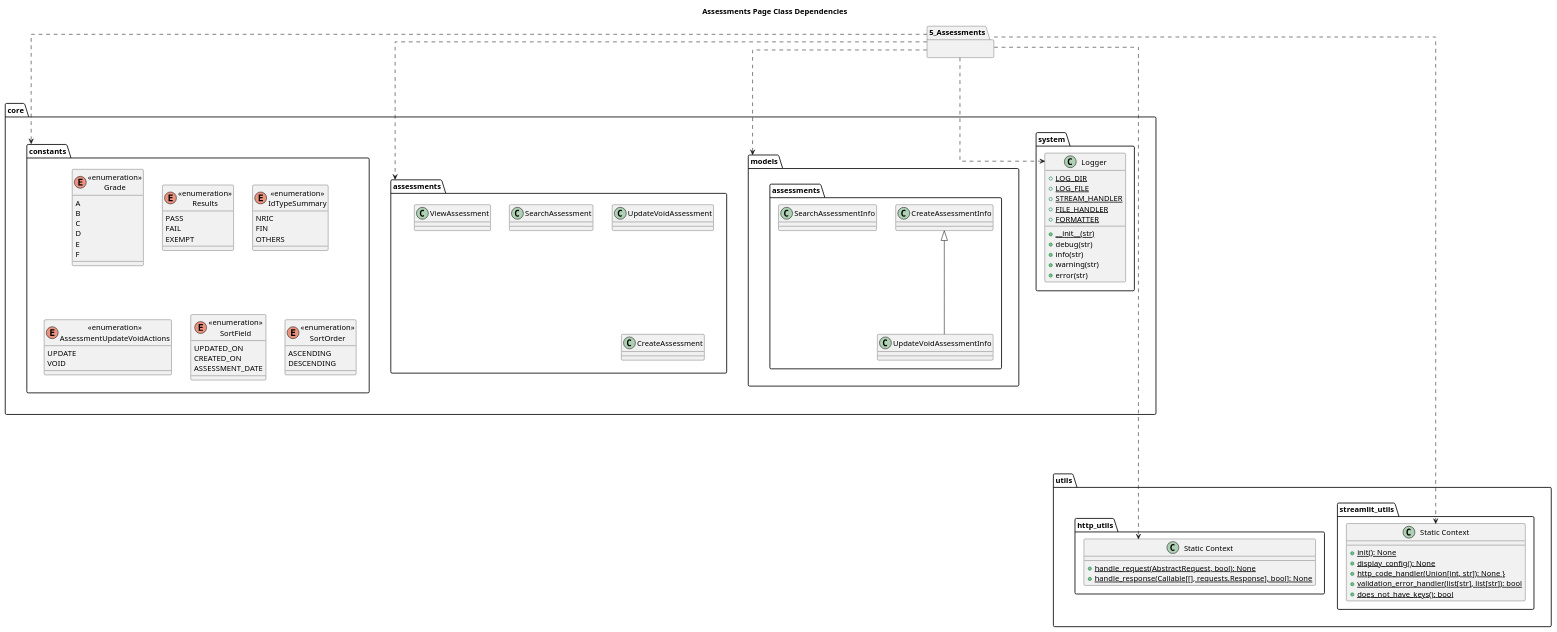
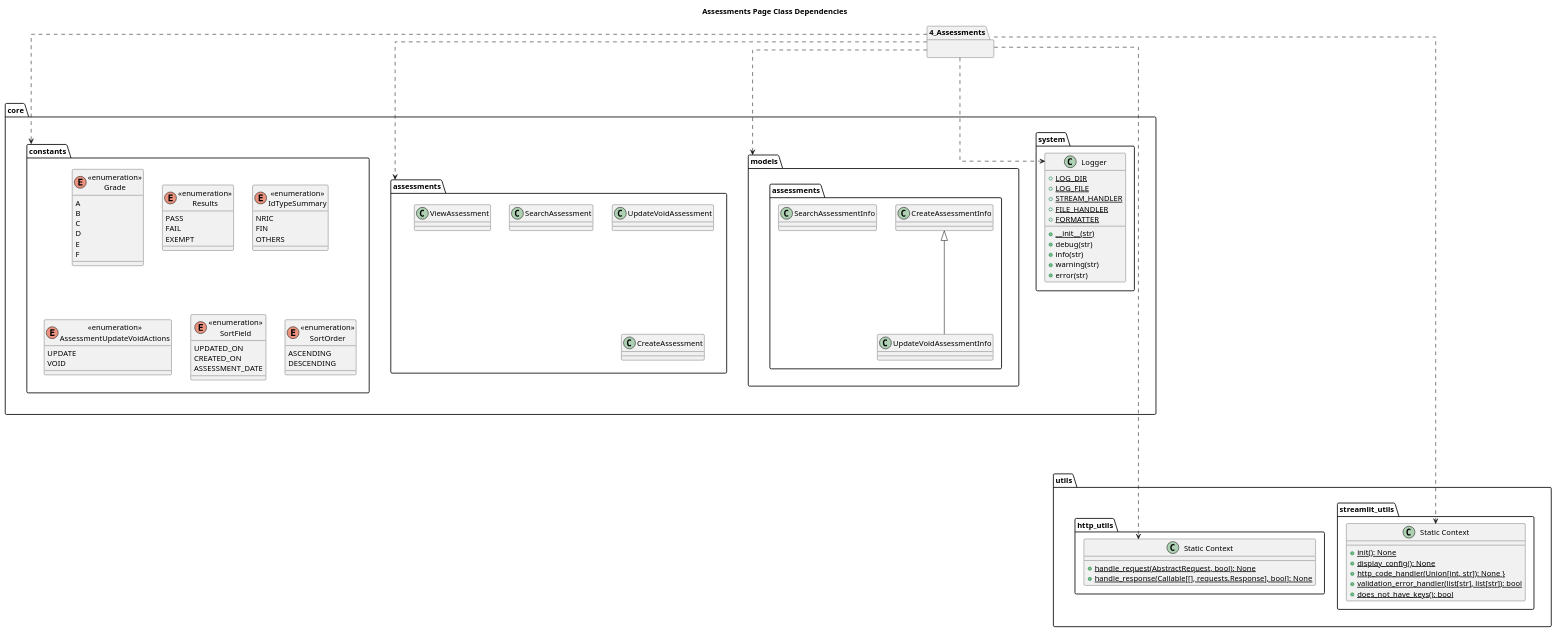
The diagram in SSG-API-Testing-Application-v2/docs/assets/developer-guide/classes/pages/AssessmentsPageClassDiagram.puml (ssg-wsg/Sample-Codes), drawn with PlantUML before and after one commit. The commit also changed 57 other files, not shown here.

```diff
--- a/SSG-API-Testing-Application-v2/docs/assets/developer-guide/classes/pages/AssessmentsPageClassDiagram.puml
+++ b/SSG-API-Testing-Application-v2/docs/assets/developer-guide/classes/pages/AssessmentsPageClassDiagram.puml
@@ -1,132 +1,132 @@
 @startuml
 skinparam linetype polyline
 skinparam linetype ortho
 
 title Assessments Page Class Dependencies
 
-package "5_Assessments" as page {
+package "4_Assessments" as page {
 
 }
 
 package core {
     package constants {
         enum "<<enumeration>>\nGrade" {
             A
             B
             C
             D
             E
             F
         }
 
         enum "<<enumeration>>\nResults" {
             PASS
             FAIL
             EXEMPT
         }
 
         enum "<<enumeration>>\nIdTypeSummary" {
             NRIC
             FIN
             OTHERS
         }
 
         enum "<<enumeration>>\nAssessmentUpdateVoidActions" {
             UPDATE
             VOID
         }
 
         enum "<<enumeration>>\nSortField" {
             UPDATED_ON
             CREATED_ON
             ASSESSMENT_DATE
         }
 
         enum "<<enumeration>>\nSortOrder" {
             ASCENDING
             DESCENDING
         }
     }
 
     package assessments {
         class CreateAssessment {
 
         }
 
         class SearchAssessment {
 
         }
 
         class UpdateVoidAssessment {
 
         }
 
         class ViewAssessment {
 
         }
 
         CreateAssessment -up[hidden]-> UpdateVoidAssessment
     }
 
     package models {
         package assessments {
             class CreateAssessmentInfo {
 
             }
 
             class UpdateVoidAssessmentInfo {
 
             }
 
             class SearchAssessmentInfo {
 
             }
 
             UpdateVoidAssessmentInfo -up-|> CreateAssessmentInfo
         }
     }
 
     package system {
         class Logger {
             + LOG_DIR {static}
             + LOG_FILE {static}
             + STREAM_HANDLER {static}
             + FILE_HANDLER {static}
             + FORMATTER {static}
             + __init__(str) {static}
             + debug(str)
             + info(str)
             + warning(str)
             + error(str)
         }
     }
 }
 
 package utils {
     package http_utils {
         class "Static Context" as husc {
             + handle_request(AbstractRequest, bool): None {static}
             + handle_response(Callable[[], requests.Response], bool]: None {static}
         }
     }
 
     package streamlit_utils {
         class "Static Context" as susc {
             + init(): None {static}
             + display_config(): None {static}
             + http_code_handler(Union[int, str]): None {static}}
             + validation_error_handler(list[str], list[str]): bool {static}
             + does_not_have_keys(): bool {static}
         }
     }
 }
 
 utils ..up[hidden]...> core
 
 page ...> core.assessments
 page ...> core.models
 page ...> Logger
 page ...> husc
 page ...> susc
 page ...> constants
 @enduml
```
